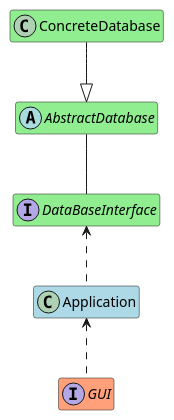
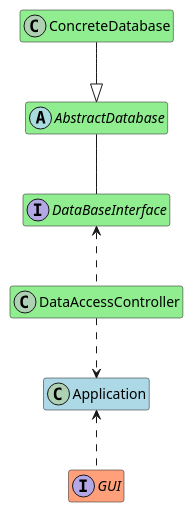
The diagram in Architecture/BlackBoxViewDatabase.puml (Uhgtred/Recipe_Shopping_List), drawn with PlantUML before and after one commit. The commit also changed 2 other files, not shown here.

Commit message:
Slight refactoring of the architecture, using dependency inversion

```diff
--- a/Architecture/BlackBoxViewDatabase.puml
+++ b/Architecture/BlackBoxViewDatabase.puml
@@ -1,19 +1,22 @@
 @startuml
 hide empty members
 
 
 interface DataBaseInterface #lightgreen
 
 abstract class AbstractDatabase #lightgreen
 AbstractDatabase -- DataBaseInterface
 
 class ConcreteDatabase #lightgreen
 ConcreteDatabase --|> AbstractDatabase
 
+class DataAccessController #lightgreen
+DataAccessController ..> Application
+DataAccessController .u.> DataBaseInterface
+
 interface GUI #lightsalmon
 GUI .u.> Application
 
 class Application #lightblue
-Application .u.> DataBaseInterface
 
 @enduml
```
